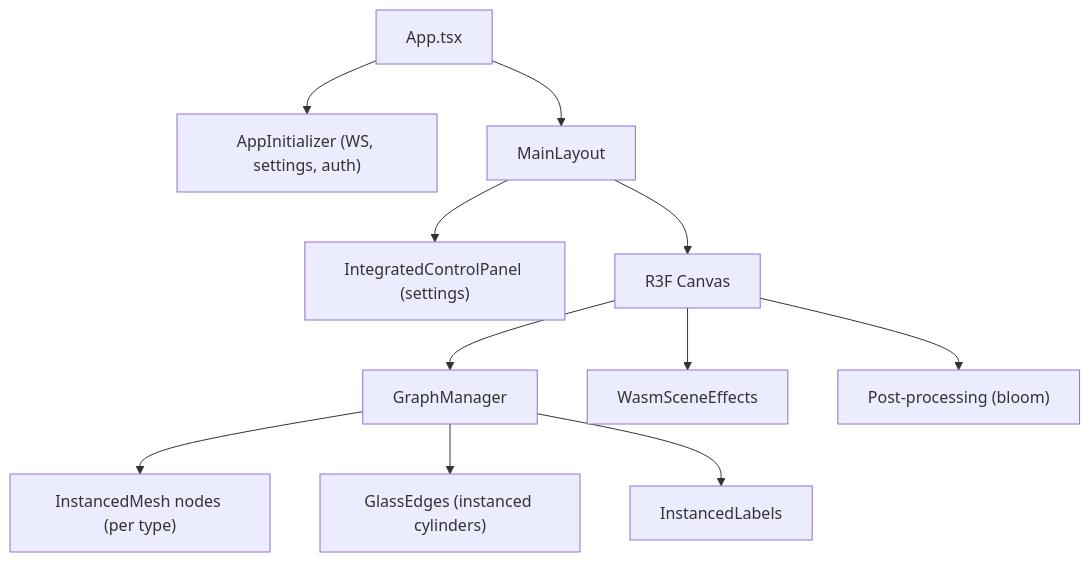
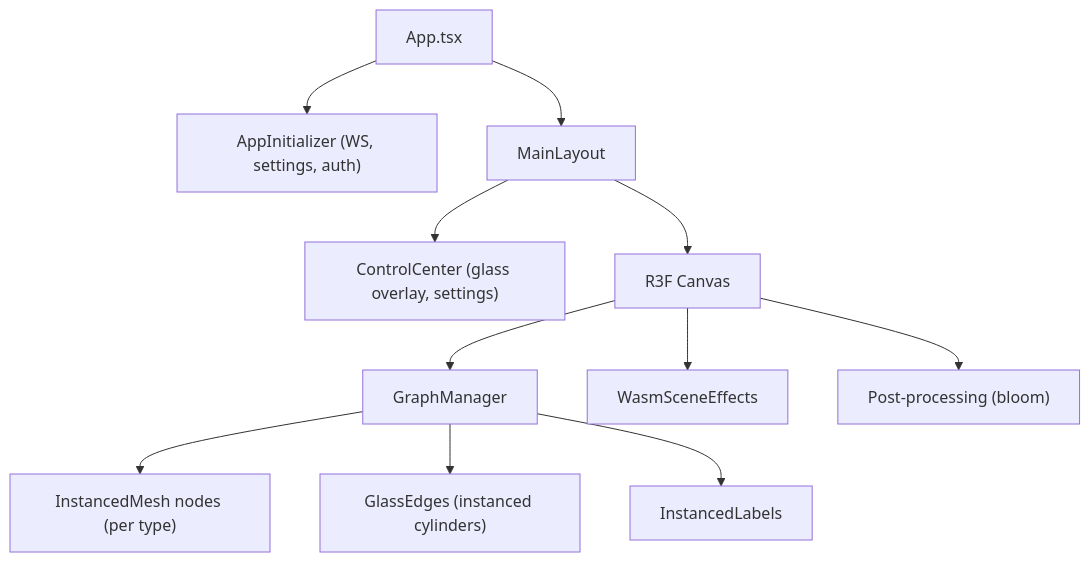
The third of 4 diagrams in docs/explanation/client-architecture.md (DreamLab-AI/AR-AI-Knowledge-Graph), drawn with Mermaid before and after one commit. The commit also changed other lines of this file and 10 other files, not shown here.

First line of the commit message:
docs: control-center re-imagination — ADR-129, architecture doc, stale-reference sweep

````diff
--- a/docs/explanation/client-architecture.md
+++ b/docs/explanation/client-architecture.md
@@ -85,13 +85,13 @@
 ```mermaid
 flowchart TD
     APP["App.tsx"] --> INIT["AppInitializer (WS, settings, auth)"]
     APP --> LAYOUT["MainLayout"]
-    LAYOUT --> PANEL["IntegratedControlPanel (settings)"]
+    LAYOUT --> PANEL["ControlCenter (glass overlay, settings)"]
     LAYOUT --> CANVAS["R3F Canvas"]
     CANVAS --> GM["GraphManager"]
     CANVAS --> WASMFX["WasmSceneEffects"]
     CANVAS --> POST["Post-processing (bloom)"]
     GM --> NODES["InstancedMesh nodes (per type)"]
     GM --> EDGES["GlassEdges (instanced cylinders)"]
     GM --> LABELS["InstancedLabels"]
 ```
````
